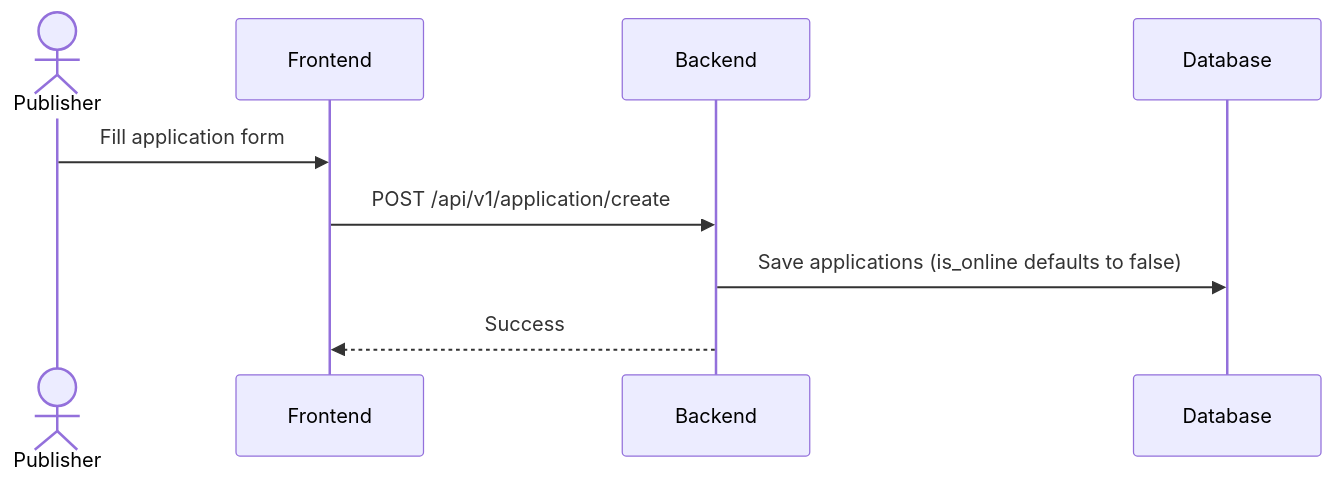
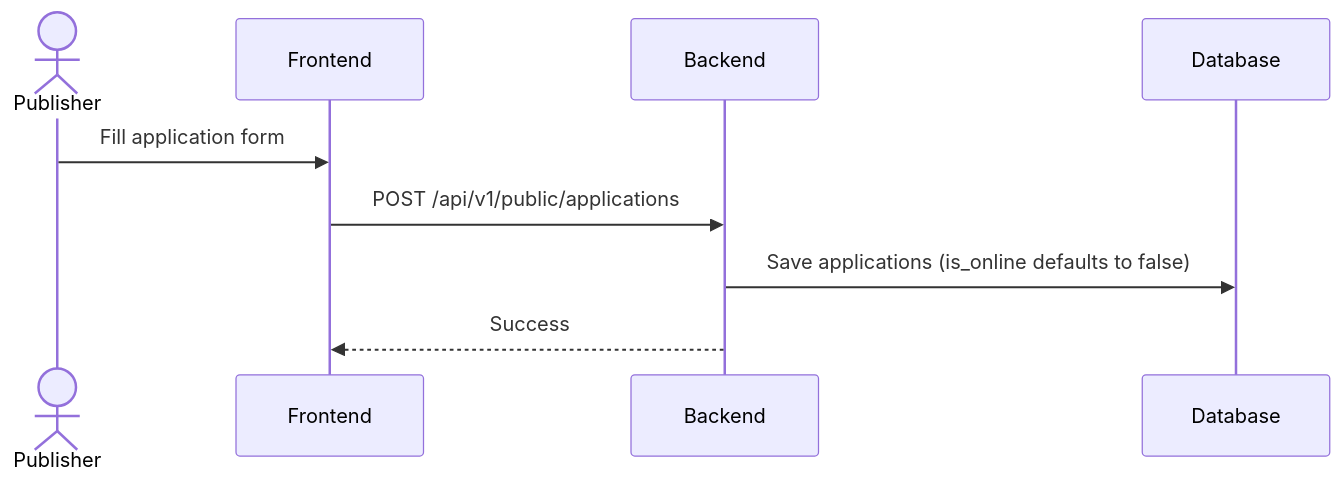
One commit to yeying-community/node changed the first of 10 diagrams in docs/en/workflows.md. Above: the diagram before and after it, drawn with Mermaid. The commit also changed other lines of this file and 326 other files, not shown here.

````diff
--- a/docs/en/workflows.md
+++ b/docs/en/workflows.md
@@ -6,12 +6,12 @@
 ```mermaid
 sequenceDiagram
   actor U as Publisher
   participant FE as Frontend
   participant BE as Backend
   participant DB as Database
 
   U ->> FE: Fill application form
-  FE ->> BE: POST /api/v1/application/create
+  FE ->> BE: POST /api/v1/public/applications
   BE ->> DB: Save applications (is_online defaults to false)
   BE -->> FE: Success
 ```
````
